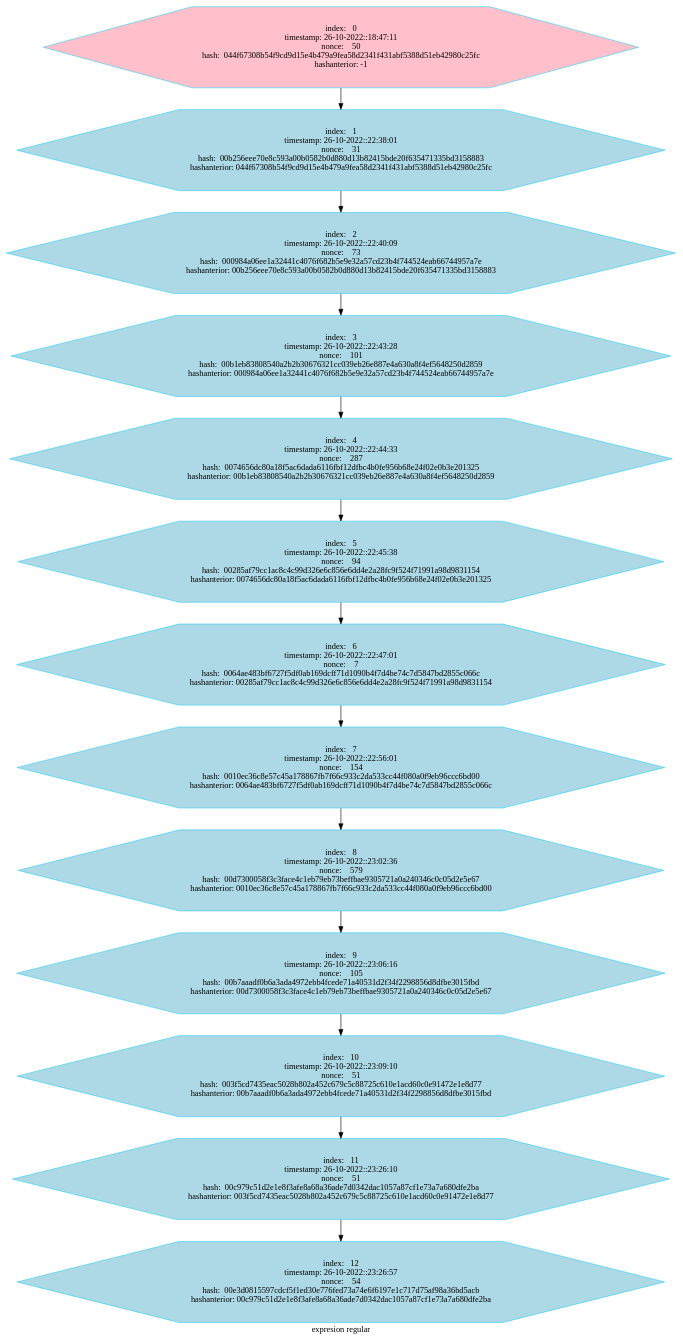
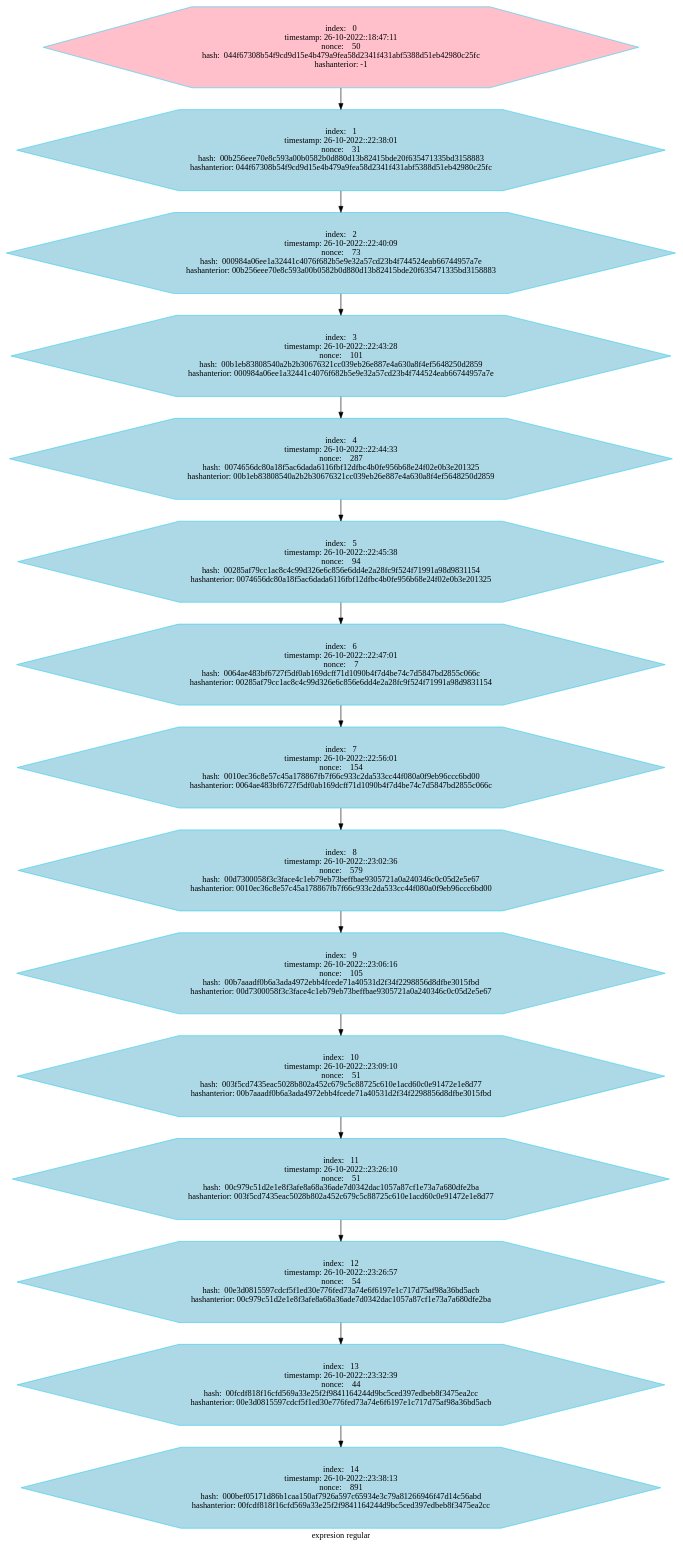
The diagram in BLOCKCHAIN.dot (betebetoven/EDDS2F2), drawn with Graphviz before and after one commit. The commit also changed 4 other files, not shown here.

```diff
--- a/BLOCKCHAIN.dot
+++ b/BLOCKCHAIN.dot
@@ -114,6 +114,24 @@
 nonce:    54
 hash:  00e3d0815597cdcf5f1ed30e776fed73a74e6f6197e1c717d75af98a36bd5acb
 hashanterior: 00c979c51d2e1e8f3afe8a68a36ade7d0342dac1057a87cf1e73a7a680dfe2ba"
+"index:   12
+timestamp: 26-10-2022::23:26:57
+nonce:    54
+hash:  00e3d0815597cdcf5f1ed30e776fed73a74e6f6197e1c717d75af98a36bd5acb
+hashanterior: 00c979c51d2e1e8f3afe8a68a36ade7d0342dac1057a87cf1e73a7a680dfe2ba"->"index:   13
+timestamp: 26-10-2022::23:32:39
+nonce:    44
+hash:  00fcdf818f16cfd569a33e25f2f9841164244d9bc5ced397edbeb8f3475ea2cc
+hashanterior: 00e3d0815597cdcf5f1ed30e776fed73a74e6f6197e1c717d75af98a36bd5acb"
+"index:   13
+timestamp: 26-10-2022::23:32:39
+nonce:    44
+hash:  00fcdf818f16cfd569a33e25f2f9841164244d9bc5ced397edbeb8f3475ea2cc
+hashanterior: 00e3d0815597cdcf5f1ed30e776fed73a74e6f6197e1c717d75af98a36bd5acb"->"index:   14
+timestamp: 26-10-2022::23:38:13
+nonce:    891
+hash:  000bef05171d86b1caa150af7926a597c65934e3c79a81266946f47d14c56abd
+hashanterior: 00fcdf818f16cfd569a33e25f2f9841164244d9bc5ced397edbeb8f3475ea2cc"
 "index:   0
 timestamp: 26-10-2022::18:47:11
 nonce:    50
@@ -179,4 +197,14 @@
 nonce:    54
 hash:  00e3d0815597cdcf5f1ed30e776fed73a74e6f6197e1c717d75af98a36bd5acb
 hashanterior: 00c979c51d2e1e8f3afe8a68a36ade7d0342dac1057a87cf1e73a7a680dfe2ba"[fillcolor="lightblue"]
+"index:   13
+timestamp: 26-10-2022::23:32:39
+nonce:    44
+hash:  00fcdf818f16cfd569a33e25f2f9841164244d9bc5ced397edbeb8f3475ea2cc
+hashanterior: 00e3d0815597cdcf5f1ed30e776fed73a74e6f6197e1c717d75af98a36bd5acb"[fillcolor="lightblue"]
+"index:   14
+timestamp: 26-10-2022::23:38:13
+nonce:    891
+hash:  000bef05171d86b1caa150af7926a597c65934e3c79a81266946f47d14c56abd
+hashanterior: 00fcdf818f16cfd569a33e25f2f9841164244d9bc5ced397edbeb8f3475ea2cc"[fillcolor="lightblue"]
 }
```
